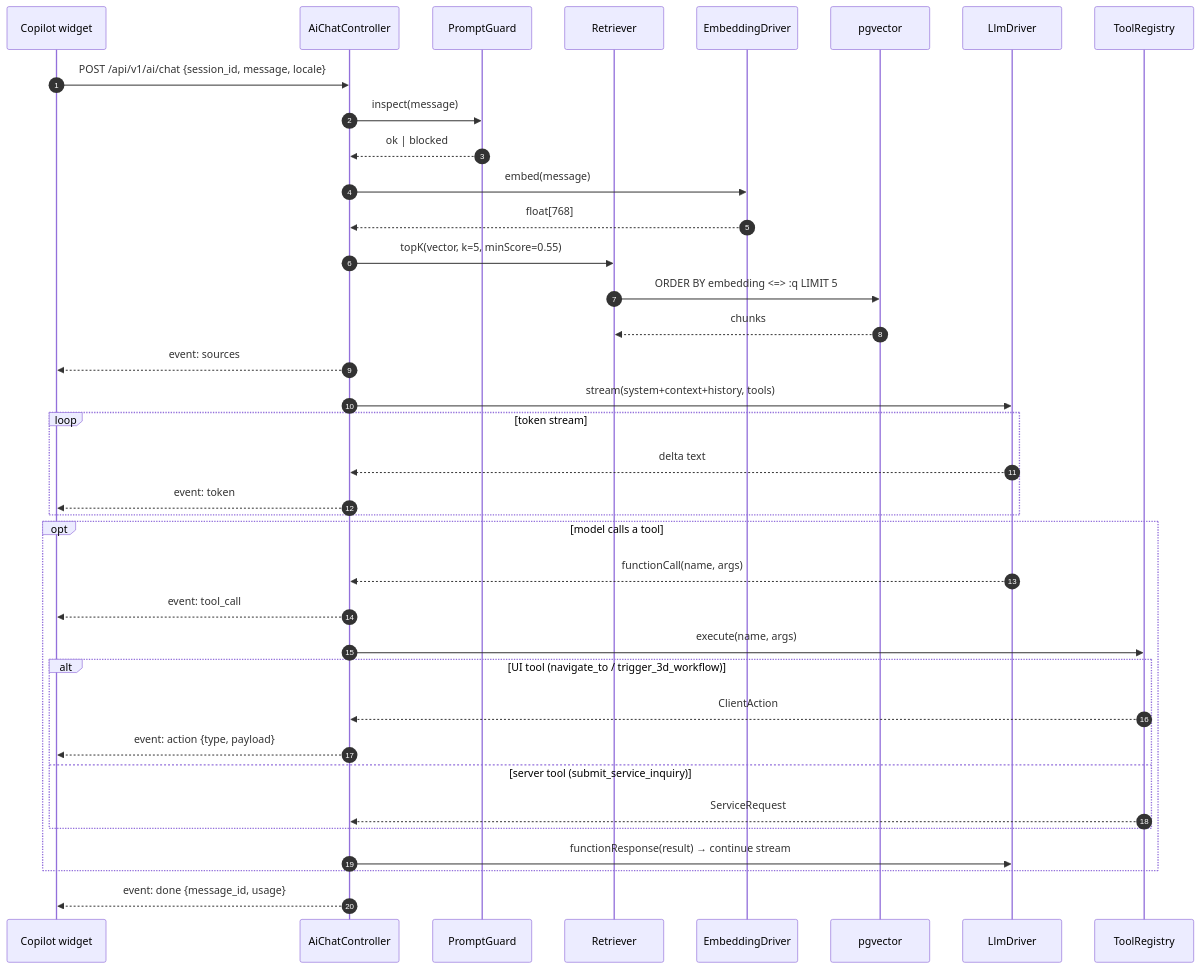
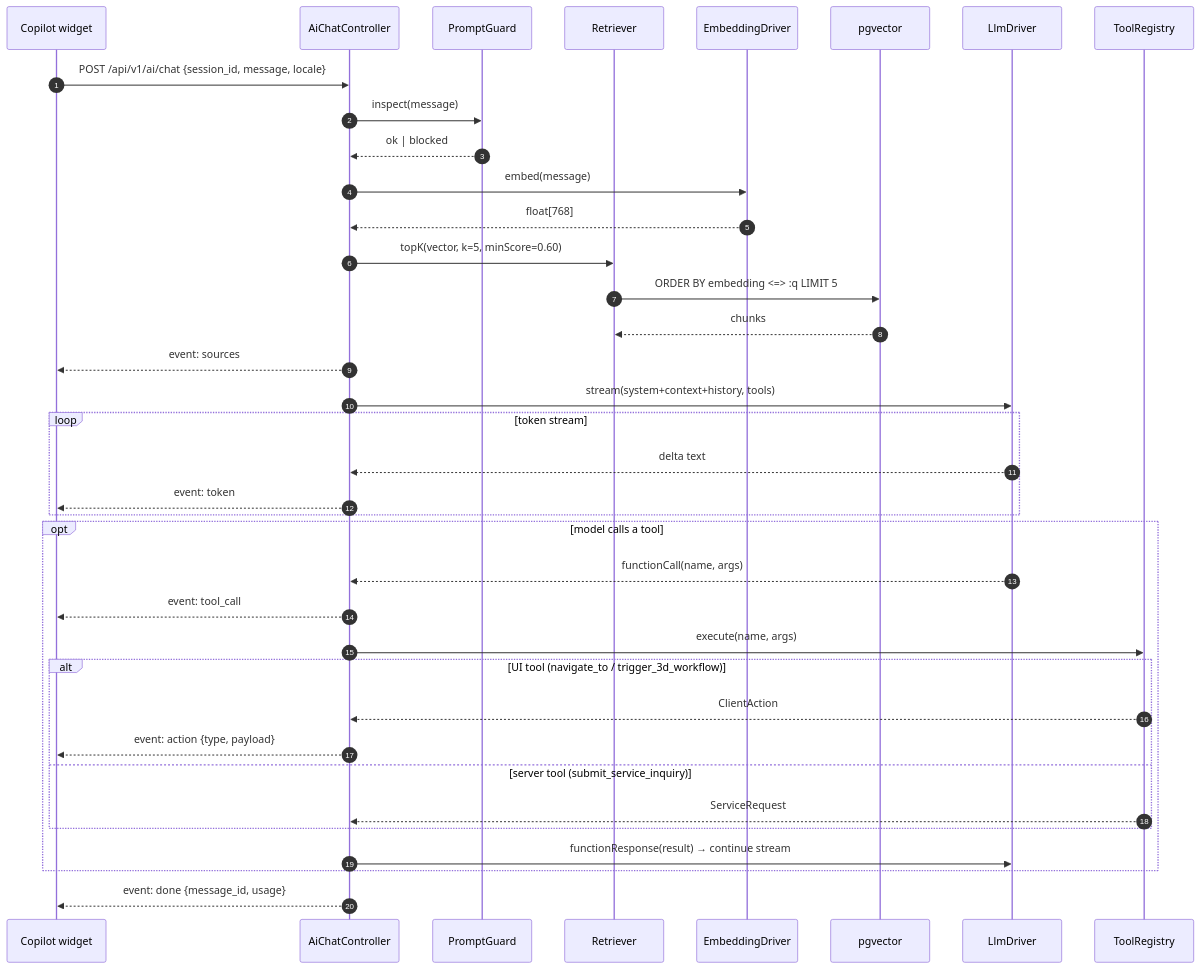
One commit to AlaaMhammad/Afaq-n8n changed the third of 4 diagrams in docs/01_architecture/system_overview.md. Above: the diagram before and after it, drawn with Mermaid. The commit also changed other lines of this file and 82 other files, not shown here.

````diff
--- a/docs/01_architecture/system_overview.md
+++ b/docs/01_architecture/system_overview.md
@@ -88,40 +88,40 @@
 ```mermaid
 sequenceDiagram
     autonumber
     participant W as Copilot widget
     participant A as AiChatController
     participant G as PromptGuard
     participant R as Retriever
     participant E as EmbeddingDriver
     participant P as pgvector
     participant M as LlmDriver
     participant T as ToolRegistry
 
     W->>A: POST /api/v1/ai/chat {session_id, message, locale}
     A->>G: inspect(message)
     G-->>A: ok | blocked
     A->>E: embed(message)
     E-->>A: float[768]
-    A->>R: topK(vector, k=5, minScore=0.55)
+    A->>R: topK(vector, k=5, minScore=0.60)
     R->>P: ORDER BY embedding <=> :q LIMIT 5
     P-->>R: chunks
     A-->>W: event: sources
     A->>M: stream(system+context+history, tools)
     loop token stream
         M-->>A: delta text
         A-->>W: event: token
     end
     opt model calls a tool
         M-->>A: functionCall(name, args)
         A-->>W: event: tool_call
         A->>T: execute(name, args)
         alt UI tool (navigate_to / trigger_3d_workflow)
             T-->>A: ClientAction
             A-->>W: event: action {type, payload}
         else server tool (submit_service_inquiry)
             T-->>A: ServiceRequest #id
         end
         A->>M: functionResponse(result) → continue stream
     end
     A-->>W: event: done {message_id, usage}
 ```
````
